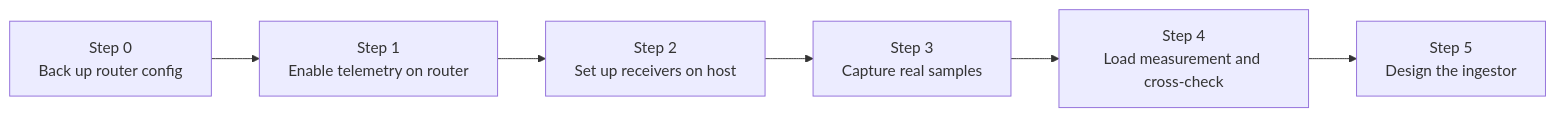
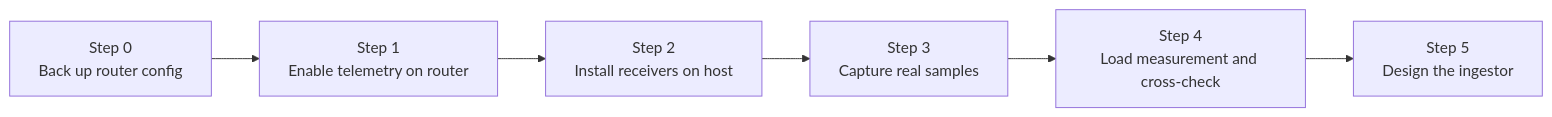
Before and after one commit to RStephanH/NAD: the second of 2 diagrams in docs/guides/01-telemetry-and-ingestion.md, drawn with Mermaid. The commit also changed other lines of this file and 1 other file, not shown here.

````diff
--- a/docs/guides/01-telemetry-and-ingestion.md
+++ b/docs/guides/01-telemetry-and-ingestion.md
@@ -95,8 +105,8 @@
 ```mermaid
 flowchart LR
   S0["Step 0<br/>Back up router config"] --> S1["Step 1<br/>Enable telemetry on router"]
-  S1 --> S2["Step 2<br/>Set up receivers on host"]
+  S1 --> S2["Step 2<br/>Install receivers on host"]
   S2 --> S3["Step 3<br/>Capture real samples"]
   S3 --> S4["Step 4<br/>Load measurement and cross-check"]
   S4 --> S5["Step 5<br/>Design the ingestor"]
 ```
````
